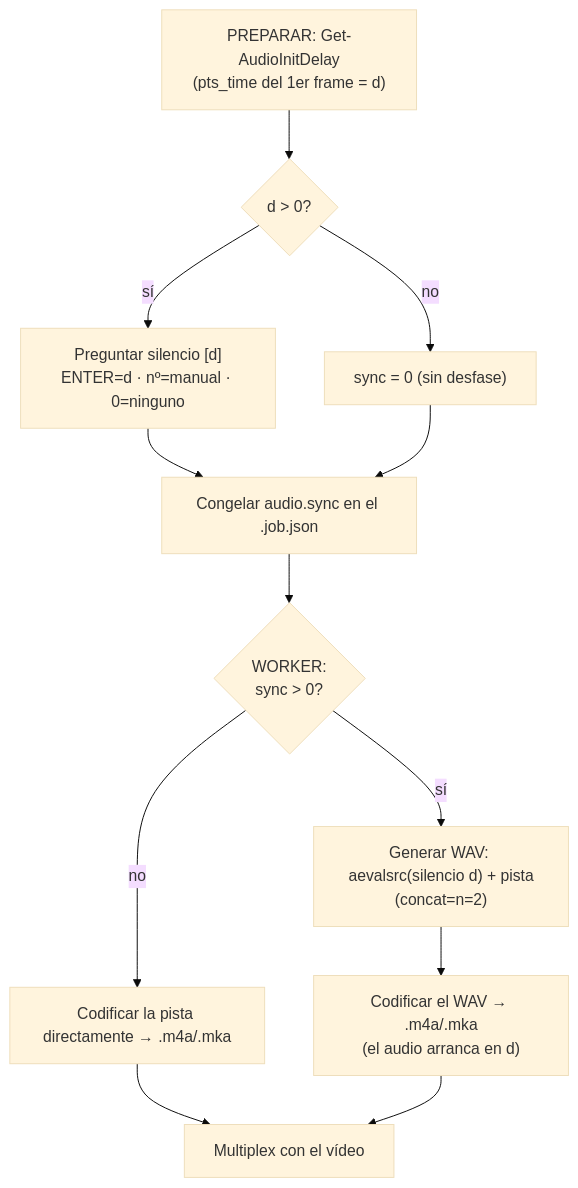
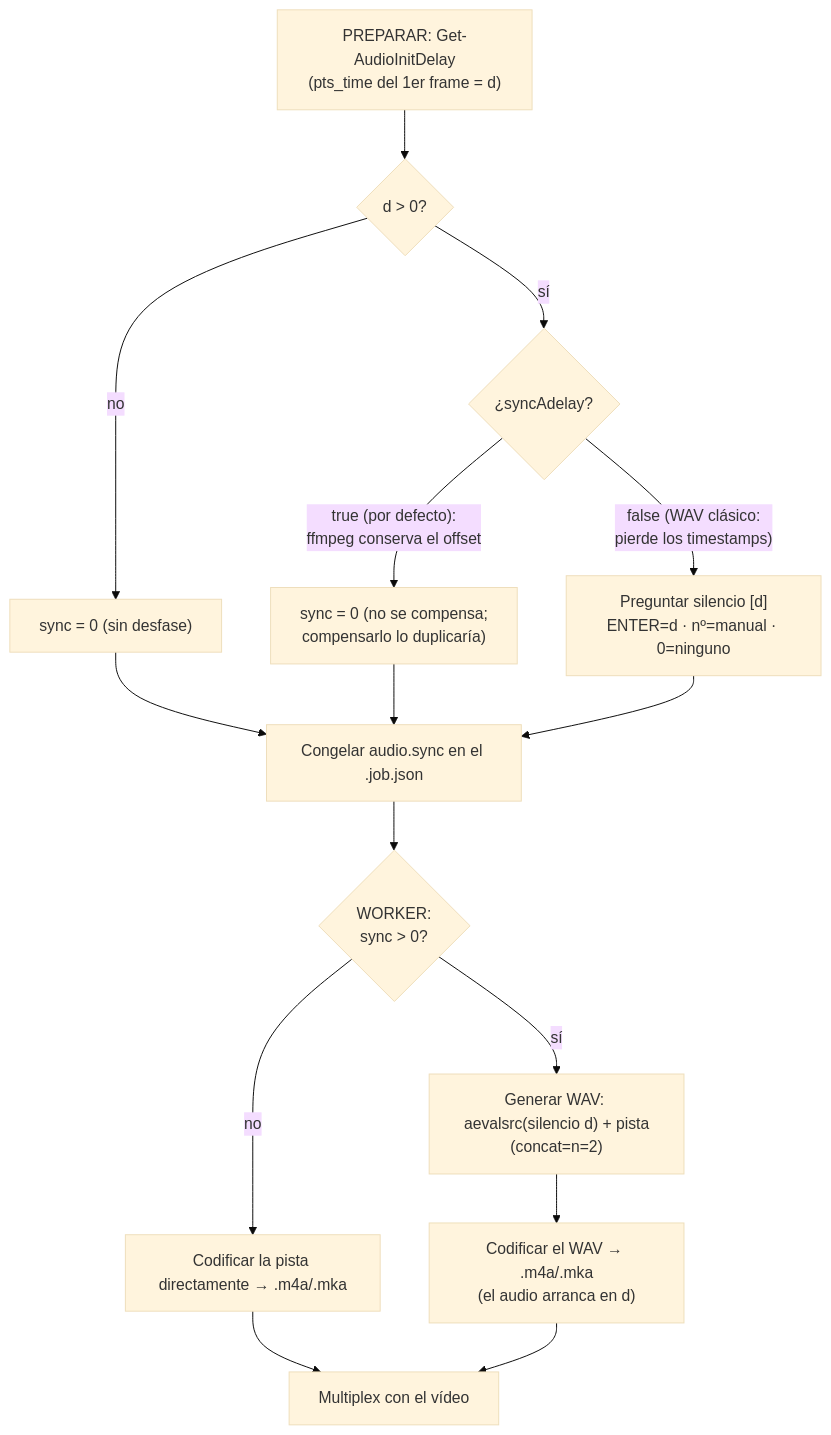
Before and after one commit to vsc55/ConversorVideoCMD: the fifth of 6 diagrams in docs/explica-audio.md, drawn with Mermaid (base theme). The commit also changed other lines of this file and 5 other files, not shown here.

````diff
--- a/docs/explica-audio.md
+++ b/docs/explica-audio.md
@@ -155,14 +174,17 @@
 ```mermaid
 flowchart TD
     P["PREPARAR: Get-AudioInitDelay<br/>(pts_time del 1er frame = d)"] --> Q{"d &gt; 0?"}
     Q -- "no" --> N["sync = 0 (sin desfase)"]
-    Q -- "sí" --> R["Preguntar silencio [d]<br/>ENTER=d · nº=manual · 0=ninguno"]
+    Q -- "sí" --> S{"¿syncAdelay?"}
+    S -- "true (por defecto):<br/>ffmpeg conserva el offset" --> N2["sync = 0 (no se compensa;<br/>compensarlo lo duplicaría)"]
+    S -- "false (WAV clásico:<br/>pierde los timestamps)" --> R["Preguntar silencio [d]<br/>ENTER=d · nº=manual · 0=ninguno"]
     R --> F["Congelar audio.sync en el .job.json"]
     N --> F
+    N2 --> F
     F --> W{"WORKER:<br/>sync &gt; 0?"}
     W -- "no" --> E1["Codificar la pista directamente → .m4a/.mka"]
     W -- "sí" --> G["Generar WAV: aevalsrc(silencio d) + pista<br/>(concat=n=2)"]
     G --> E2["Codificar el WAV → .m4a/.mka<br/>(el audio arranca en d)"]
     E1 --> M["Multiplex con el vídeo"]
     E2 --> M
 ```
````
